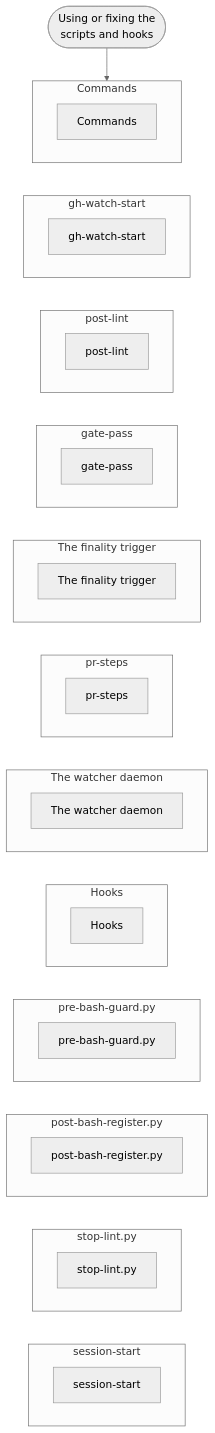
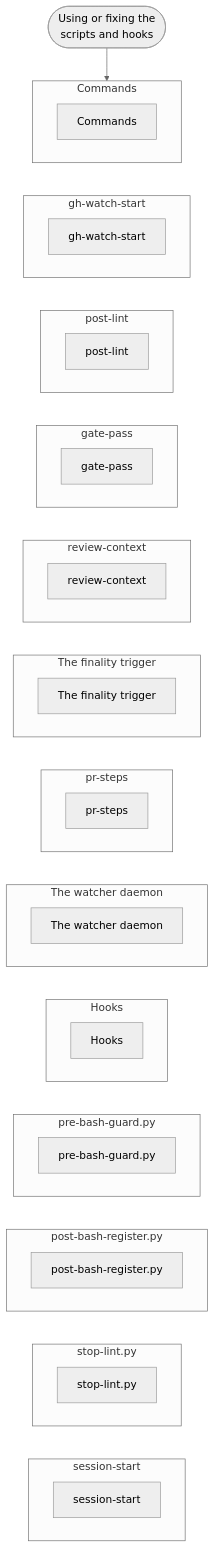
Before and after one commit to nitedani/mergeworthy: diagram 17 of 17 in docs/graphs.md, drawn with Mermaid (neutral theme). The commit also changed other lines of this file and 4 other files, not shown here.

Commit message:
Green CI: regenerate docs/graphs.md, and tests/all.sh runs every CI check before a push

````diff
--- a/docs/graphs.md
+++ b/docs/graphs.md
@@ -463,52 +472,56 @@
 ```mermaid
 flowchart TB
   start(["Using or fixing the<br/>scripts and hooks"])
   subgraph g0["Commands"]
     s0["Commands"]
   end
   subgraph g1["gh-watch-start"]
     s1["gh-watch-start"]
   end
   subgraph g2["post-lint"]
     s2["post-lint"]
   end
   subgraph g3["gate-pass"]
     s3["gate-pass"]
   end
-  subgraph g4["The finality trigger"]
-    s4["The finality trigger"]
+  subgraph g4["review-context"]
+    s4["review-context"]
   end
-  subgraph g5["pr-steps"]
-    s5["pr-steps"]
+  subgraph g5["The finality trigger"]
+    s5["The finality trigger"]
   end
-  subgraph g6["The watcher daemon"]
-    s6["The watcher daemon"]
+  subgraph g6["pr-steps"]
+    s6["pr-steps"]
   end
-  subgraph g7["Hooks"]
-    s7["Hooks"]
+  subgraph g7["The watcher daemon"]
+    s7["The watcher daemon"]
   end
-  subgraph g8["pre-bash-guard.py"]
-    s8["pre-bash-guard.py"]
+  subgraph g8["Hooks"]
+    s8["Hooks"]
   end
-  subgraph g9["post-bash-register.py"]
-    s9["post-bash-register.py"]
+  subgraph g9["pre-bash-guard.py"]
+    s9["pre-bash-guard.py"]
   end
-  subgraph g10["stop-lint.py"]
-    s10["stop-lint.py"]
+  subgraph g10["post-bash-register.py"]
+    s10["post-bash-register.py"]
   end
-  subgraph g11["session-start"]
-    s11["session-start"]
+  subgraph g11["stop-lint.py"]
+    s11["stop-lint.py"]
+  end
+  subgraph g12["session-start"]
+    s12["session-start"]
   end
   start --> g0
   g0 ~~~ g1
   g1 ~~~ g2
   g2 ~~~ g3
   g3 ~~~ g4
   g4 ~~~ g5
   g5 ~~~ g6
   g6 ~~~ g7
   g7 ~~~ g8
   g8 ~~~ g9
   g9 ~~~ g10
   g10 ~~~ g11
+  g11 ~~~ g12
 ```
````
